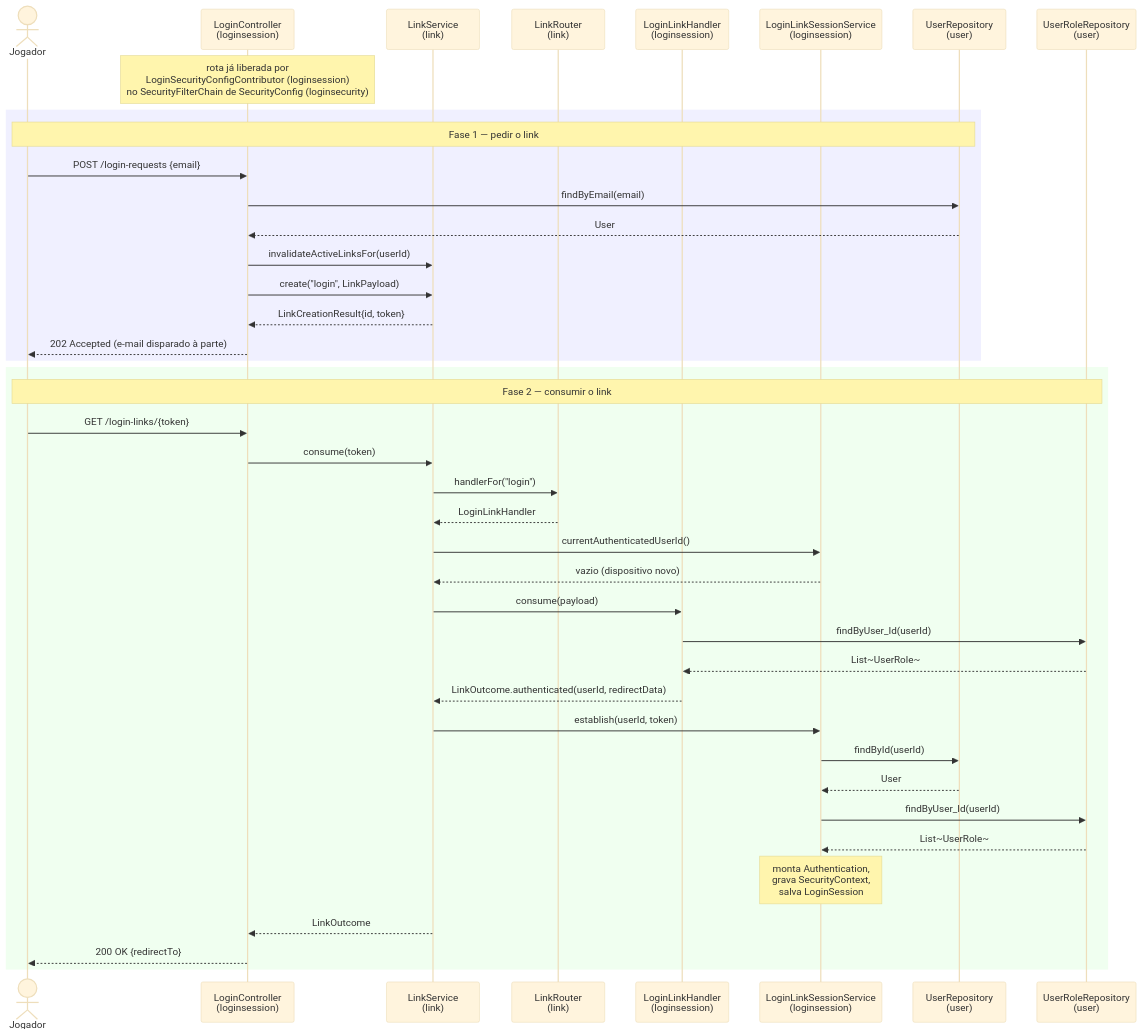
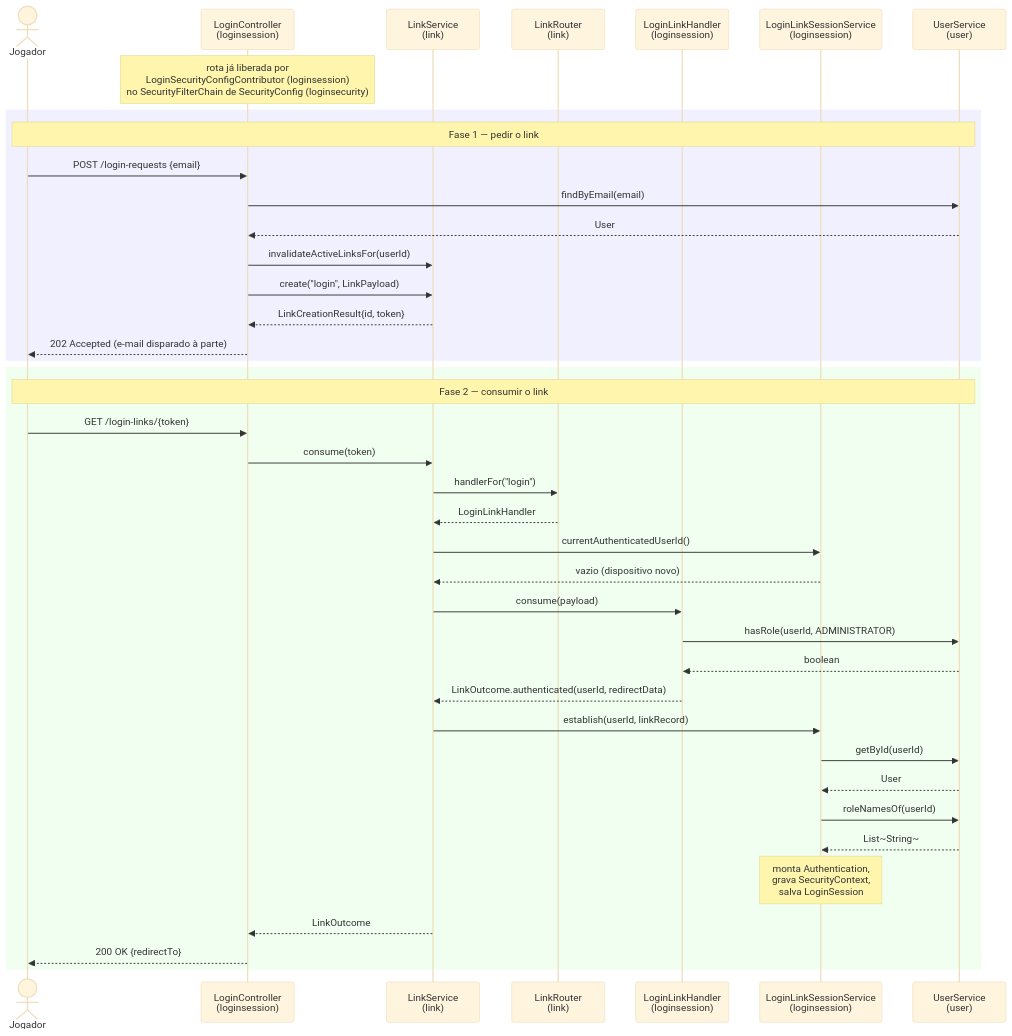
The third of 10 diagrams in docs/diagrams/sequencia.md (lalgarve/jogo-acoes), drawn with Mermaid (base theme) before and after one commit. The commit also changed other lines of this file and 2 other files, not shown here.

First line of the commit message:
docs: update module diagrams and spec 05-029 after implementation

````diff
--- a/docs/diagrams/sequencia.md
+++ b/docs/diagrams/sequencia.md
@@ -112,46 +112,45 @@
 ```mermaid
 sequenceDiagram
     actor J as Jogador
     participant LC as LoginController<br/>(loginsession)
     participant LiS as LinkService<br/>(link)
     participant LiR as LinkRouter<br/>(link)
     participant LLH as LoginLinkHandler<br/>(loginsession)
     participant LLSS as LoginLinkSessionService<br/>(loginsession)
-    participant UR as UserRepository<br/>(user)
-    participant URR as UserRoleRepository<br/>(user)
+    participant US as UserService<br/>(user)
 
     Note over LC: rota já liberada por<br/>LoginSecurityConfigContributor (loginsession)<br/>no SecurityFilterChain de SecurityConfig (loginsecurity)
 
     rect rgb(240,240,255)
-    Note over J,UR: Fase 1 — pedir o link
+    Note over J,US: Fase 1 — pedir o link
     J->>LC: POST /login-requests {email}
-    LC->>UR: findByEmail(email)
-    UR-->>LC: User
+    LC->>US: findByEmail(email)
+    US-->>LC: User
     LC->>LiS: invalidateActiveLinksFor(userId)
     LC->>LiS: create("login", LinkPayload)
     LiS-->>LC: LinkCreationResult{id, token}
     LC-->>J: 202 Accepted (e-mail disparado à parte)
     end
 
     rect rgb(240,255,240)
-    Note over J,URR: Fase 2 — consumir o link
+    Note over J,US: Fase 2 — consumir o link
     J->>LC: GET /login-links/{token}
     LC->>LiS: consume(token)
     LiS->>LiR: handlerFor("login")
     LiR-->>LiS: LoginLinkHandler
     LiS->>LLSS: currentAuthenticatedUserId()
     LLSS-->>LiS: vazio (dispositivo novo)
     LiS->>LLH: consume(payload)
-    LLH->>URR: findByUser_Id(userId)
-    URR-->>LLH: List~UserRole~
+    LLH->>US: hasRole(userId, ADMINISTRATOR)
+    US-->>LLH: boolean
     LLH-->>LiS: LinkOutcome.authenticated(userId, redirectData)
-    LiS->>LLSS: establish(userId, token)
-    LLSS->>UR: findById(userId)
-    UR-->>LLSS: User
-    LLSS->>URR: findByUser_Id(userId)
-    URR-->>LLSS: List~UserRole~
+    LiS->>LLSS: establish(userId, linkRecord)
+    LLSS->>US: getById(userId)
+    US-->>LLSS: User
+    LLSS->>US: roleNamesOf(userId)
+    US-->>LLSS: List~String~
     Note over LLSS: monta Authentication,<br/>grava SecurityContext,<br/>salva LoginSession
     LiS-->>LC: LinkOutcome
     LC-->>J: 200 OK {redirectTo}
     end
 ```
````
